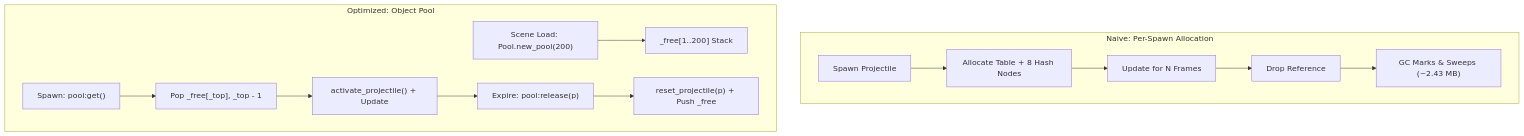
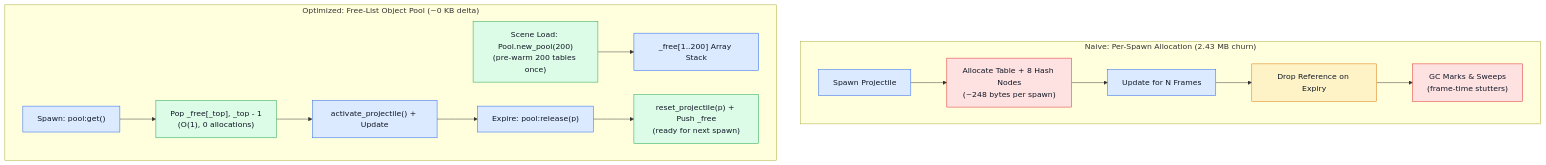
The diagram in lessons/ObjectPooling/Tutorial/en.md (LevyArsOS/lua-lessons), drawn with Mermaid before and after one commit. The commit also changed other lines of this file and 3 other files, not shown here.

First line of the commit message:
docs(tutorials): expand TableReuse and upgrade ObjectPooling diagrams

````diff
--- a/lessons/ObjectPooling/Tutorial/en.md
+++ b/lessons/ObjectPooling/Tutorial/en.md
@@ -44,17 +44,22 @@
 ```mermaid
 flowchart TD
-    subgraph Naive["Naive: Per-Spawn Allocation"]
-        S1["Spawn Projectile"] --> A1["Allocate Table + 8 Hash Nodes"]
-        A1 --> U1["Update for N Frames"]
-        U1 --> D1["Drop Reference"]
-        D1 --> GC1["GC Marks & Sweeps (~2.43 MB)"]
+    classDef slow fill:#fee2e2,stroke:#dc2626,color:#111827
+    classDef fast fill:#dcfce7,stroke:#16a34a,color:#111827
+    classDef vm fill:#dbeafe,stroke:#2563eb,color:#111827
+    classDef warn fill:#fef3c7,stroke:#d97706,color:#111827
+
+    subgraph Naive["Naive: Per-Spawn Allocation (2.43 MB churn)"]
+        S1["Spawn Projectile"]:::vm --> A1["Allocate Table + 8 Hash Nodes<br/>(~248 bytes per spawn)"]:::slow
+        A1 --> U1["Update for N Frames"]:::vm
+        U1 --> D1["Drop Reference on Expiry"]:::warn
+        D1 --> GC1["GC Marks & Sweeps<br/>(frame-time stutters)"]:::slow
     end
 
-    subgraph Pooled["Optimized: Object Pool"]
-        Init["Scene Load: Pool.new_pool(200)"] --> Stack["_free[1..200] Stack"]
-        S2["Spawn: pool:get()"] --> Pop["Pop _free[_top], _top - 1"]
-        Pop --> U2["activate_projectile() + Update"]
-        U2 --> Rel["Expire: pool:release(p)"]
-        Rel --> Reset["reset_projectile(p) + Push _free"]
+    subgraph Pooled["Optimized: Free-List Object Pool (~0 KB delta)"]
+        Init["Scene Load: Pool.new_pool(200)<br/>(pre-warm 200 tables once)"]:::fast --> Stack["_free[1..200] Array Stack"]:::vm
+        S2["Spawn: pool:get()"]:::vm --> Pop["Pop _free[_top], _top - 1<br/>(O(1), 0 allocations)"]:::fast
+        Pop --> U2["activate_projectile() + Update"]:::vm
+        U2 --> Rel["Expire: pool:release(p)"]:::vm
+        Rel --> Reset["reset_projectile(p) + Push _free<br/>(ready for next spawn)"]:::fast
     end
 ```
````
